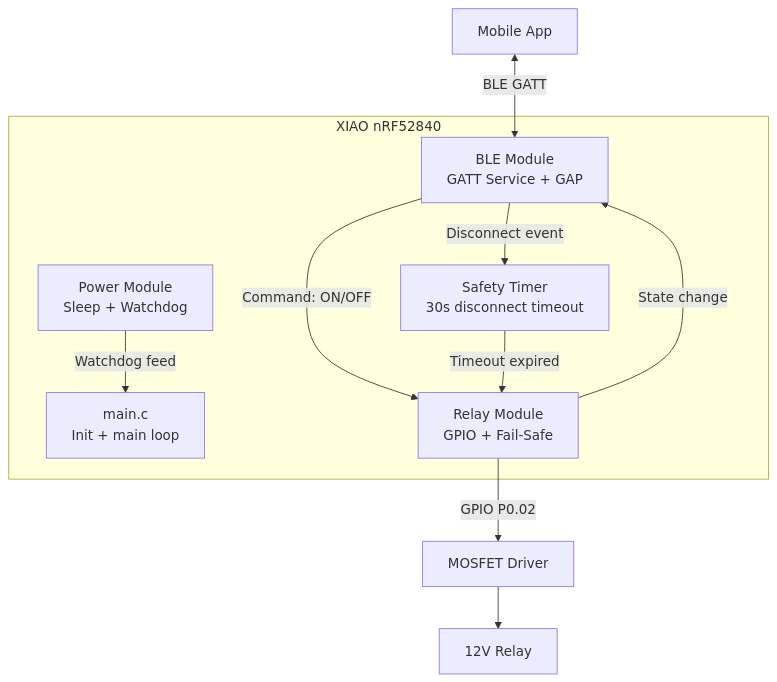
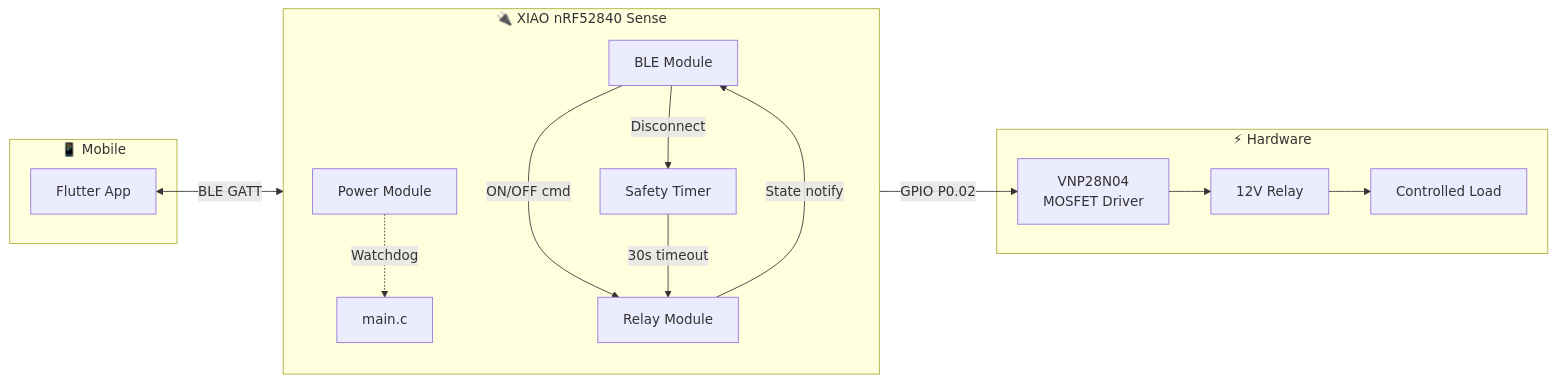
The first of 5 diagrams in docs/architecture-firmware.md (vabarcaPWR/xiao-remote-button), drawn with Mermaid before and after one commit. The commit also changed other lines of this file and 2 other files, not shown here.

````diff
--- a/docs/architecture-firmware.md
+++ b/docs/architecture-firmware.md
@@ -9,19 +12,31 @@
 ```mermaid
-graph TD
-    subgraph XIAO nRF52840
-        MAIN[main.c<br/>Init + main loop]
-        BLE[BLE Module<br/>GATT Service + GAP]
-        RELAY[Relay Module<br/>GPIO + Fail-Safe]
-        POWER[Power Module<br/>Sleep + Watchdog]
-        TIMER[Safety Timer<br/>30s disconnect timeout]
+graph LR
+    subgraph "📱 Mobile"
+        APP[Flutter App]
     end
 
-    PHONE[Mobile App] <-->|BLE GATT| BLE
-    BLE -->|Command: ON/OFF| RELAY
-    BLE -->|Disconnect event| TIMER
-    TIMER -->|Timeout expired| RELAY
-    RELAY -->|GPIO P0.02| MOSFET[MOSFET Driver]
-    MOSFET --> RLY[12V Relay]
-    POWER -->|Watchdog feed| MAIN
-    RELAY -->|State change| BLE
+    subgraph "🔌 XIAO nRF52840 Sense"
+        direction TB
+        MAIN[main.c]
+        BLE[BLE Module]
+        RELAY[Relay Module]
+        POWER[Power Module]
+        TIMER[Safety Timer]
+    end
+
+    subgraph "⚡ Hardware"
+        MOSFET[VNP28N04<br/>MOSFET Driver]
+        RLY[12V Relay]
+        LOAD[Controlled Load]
+    end
+
+    APP <-->|BLE GATT| BLE
+    BLE -->|ON/OFF cmd| RELAY
+    BLE -->|Disconnect| TIMER
+    TIMER -->|30s timeout| RELAY
+    RELAY -->|GPIO P0.02| MOSFET
+    MOSFET --> RLY
+    RLY --> LOAD
+    POWER -.->|Watchdog| MAIN
+    RELAY -->|State notify| BLE
 ```
````
